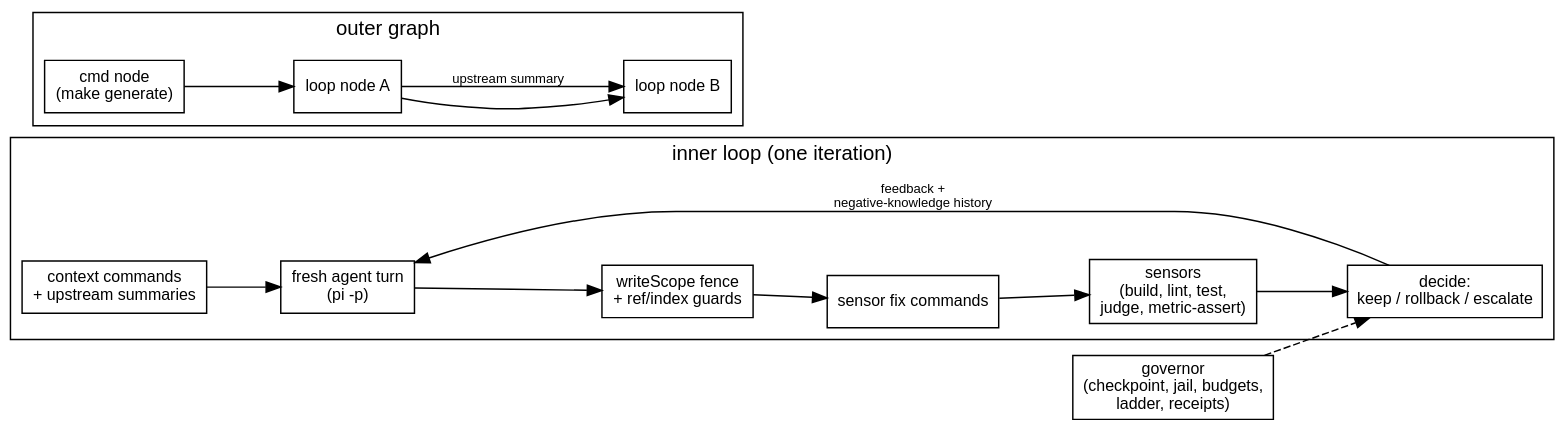
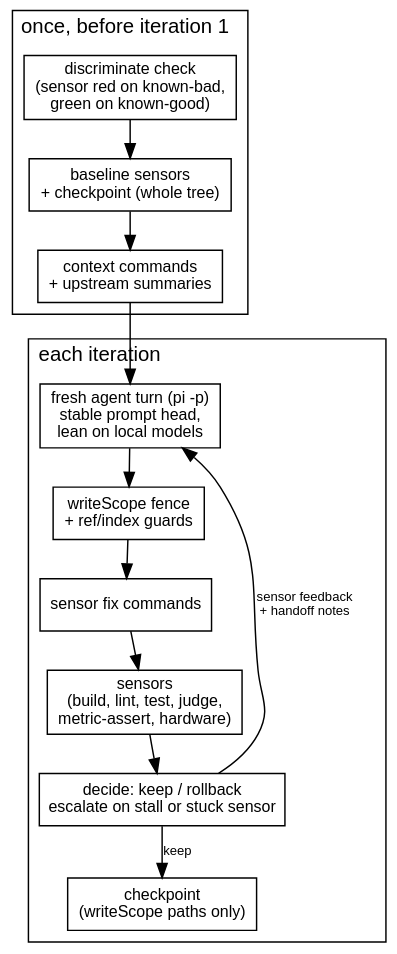
The first of 3 diagrams in src/content/docs/reference/self-correcting-agent-loop.mdx (erfianugrah/lexicanum), drawn with Graphviz before and after one commit. The commit also changed other lines of this file, not shown here.

Commit message:
docs(reference): self-correcting loop topology - one run (top to bottom) and a graph of runs as two legible diagrams, with the 2026-11-21 mechanisms; text fallbacks updated

````diff
--- a/src/content/docs/reference/self-correcting-agent-loop.mdx
+++ b/src/content/docs/reference/self-correcting-agent-loop.mdx
@@ -60,33 +62,31 @@
 ```dot
 digraph {
-  rankdir=LR; bgcolor="transparent"; nodesep=0.3; ranksep=0.7;
+  rankdir=TB; bgcolor="transparent"; nodesep=0.3; ranksep=0.35;
   fontname="Helvetica,Arial,sans-serif";
   node [fontname="Helvetica,Arial,sans-serif", fontsize=11, shape=box];
   edge [fontname="Helvetica,Arial,sans-serif", fontsize=9];
 
-  subgraph cluster_loop {
-    label="inner loop (one iteration)";
+  subgraph cluster_pre {
+    label="once, before iteration 1"; labeljust=l;
+    disc [label="discriminate check\n(sensor red on known-bad,\ngreen on known-good)"];
+    base [label="baseline sensors\n+ checkpoint (whole tree)"];
     ctx [label="context commands\n+ upstream summaries"];
-    agent [label="fresh agent turn\n(pi -p)"];
+    disc -> base -> ctx;
+  }
+
+  subgraph cluster_iter {
+    label="each iteration"; labeljust=l;
+    agent [label="fresh agent turn (pi -p)\nstable prompt head,\nlean on local models"];
     fence [label="writeScope fence\n+ ref/index guards"];
     fixes [label="sensor fix commands"];
-    sens [label="sensors\n(build, lint, test,\njudge, metric-assert)"];
-    dec [label="decide:\nkeep / rollback / escalate"];
-    ctx -> agent;
+    sens [label="sensors\n(build, lint, test, judge,\nmetric-assert, hardware)"];
+    dec [label="decide: keep / rollback\nescalate on stall or stuck sensor"];
+    ckpt [label="checkpoint\n(writeScope paths only)"];
     agent -> fence -> fixes -> sens -> dec;
-    dec -> agent [label="feedback +\nnegative-knowledge history"];
+    dec -> ckpt [label="keep"];
+    dec -> agent [label="sensor feedback\n+ handoff notes", constraint=false];
   }
 
-  subgraph cluster_graph {
-    label="outer graph";
-    cmd [label="cmd node\n(make generate)"];
-    loopA [label="loop node A"];
-    loopB [label="loop node B"];
-    cmd -> loopA -> loopB;
-    loopA -> loopB [label="upstream summary"];
-  }
-
-  gov [label="governor\n(checkpoint, jail, budgets,\nladder, receipts)"];
-  gov -> dec [style=dashed];
+  ctx -> agent;
 }
 ```
````
